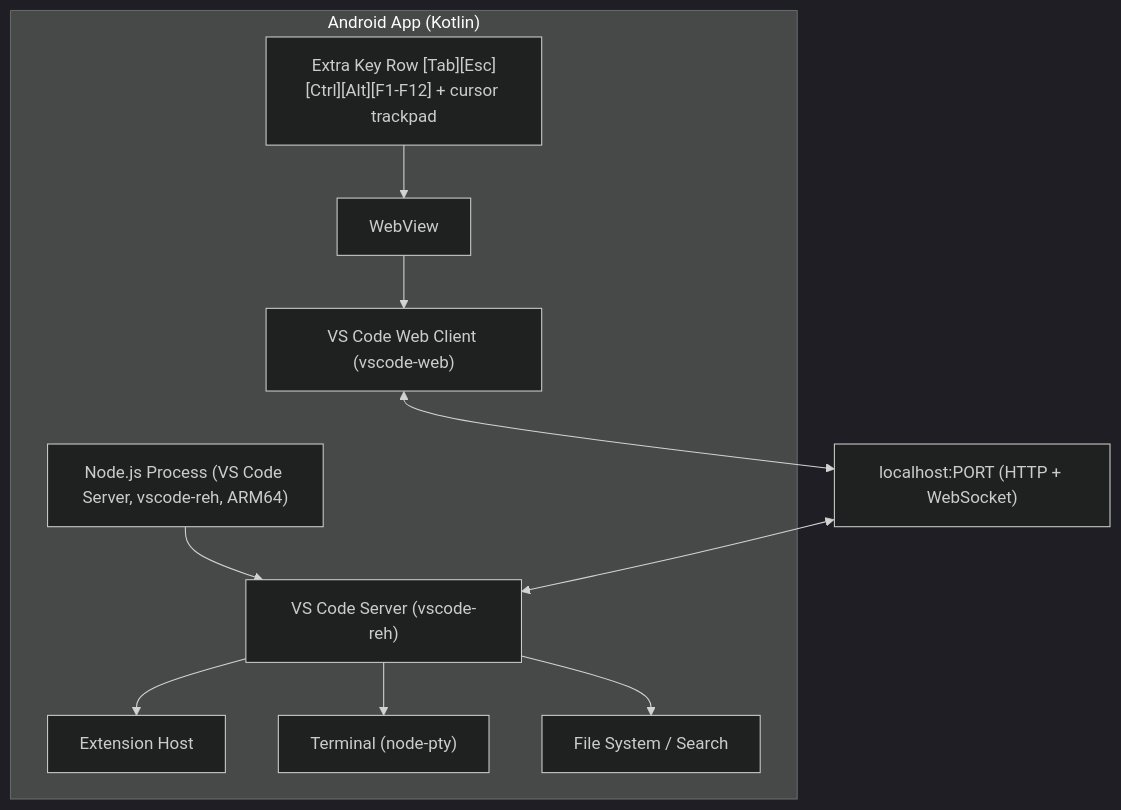
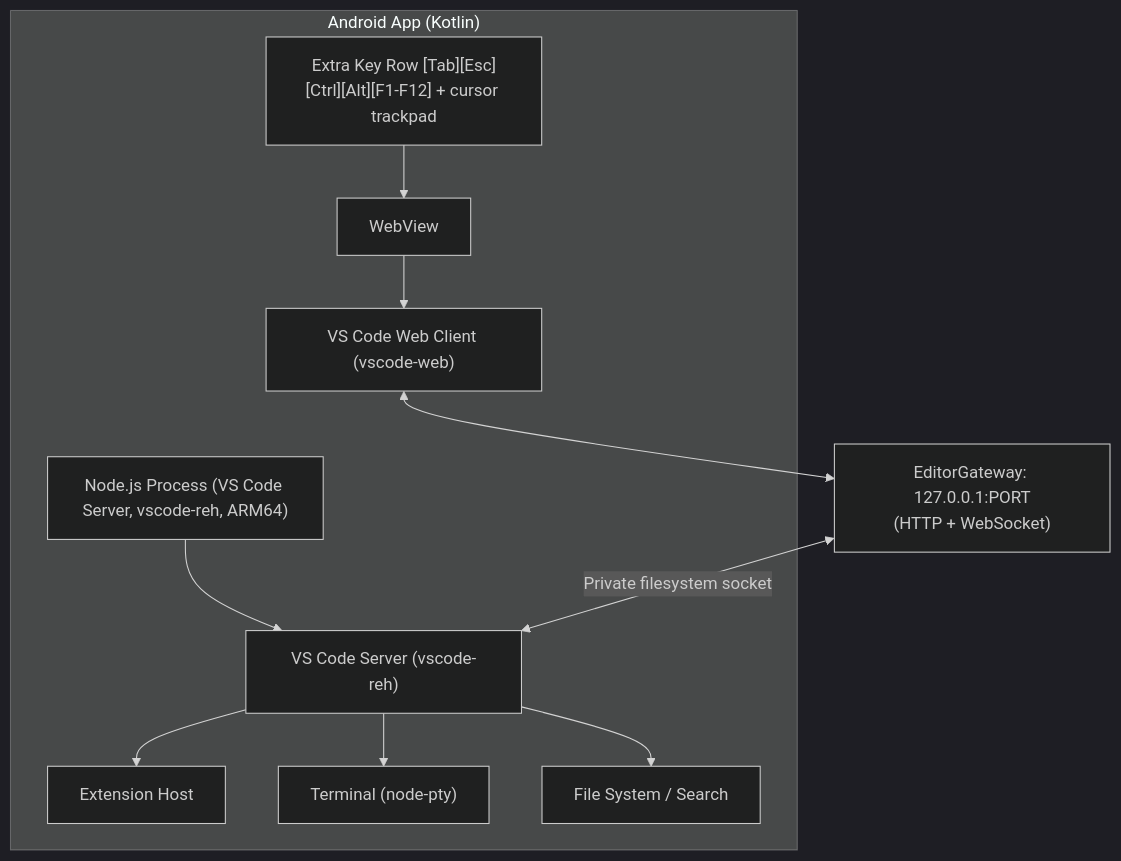
Before and after one commit to rmyndharis/VSCodroid: the diagram in README.md, drawn with Mermaid (dark theme). The commit also changed other lines of this file and 221 other files, not shown here.

````diff
--- a/README.md
+++ b/README.md
@@ -151,21 +151,21 @@
 ```mermaid
 flowchart TD
   subgraph APP["Android App (Kotlin)"]
     WV["WebView"]
     WEB["VS Code Web Client (vscode-web)"]
     KEY["Extra Key Row [Tab][Esc][Ctrl][Alt][F1-F12] + cursor trackpad"]
     NODE["Node.js Process (VS Code Server, vscode-reh, ARM64)"]
     REH["VS Code Server (vscode-reh)"]
     EXT["Extension Host"]
     TERM["Terminal (node-pty)"]
     FS["File System / Search"]
     WV --> WEB
     NODE --> REH
     REH --> EXT
     REH --> TERM
     REH --> FS
     KEY --> WV
   end
-  WEB <--> LOCAL["localhost:PORT (HTTP + WebSocket)"]
-  LOCAL <--> REH
+  WEB <--> LOCAL["EditorGateway: 127.0.0.1:PORT<br/>(HTTP + WebSocket)"]
+  LOCAL <-->|"Private filesystem socket"| REH
 ```
````
